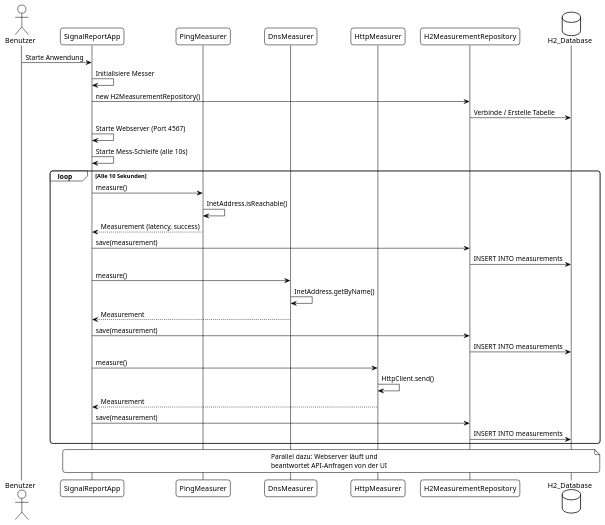
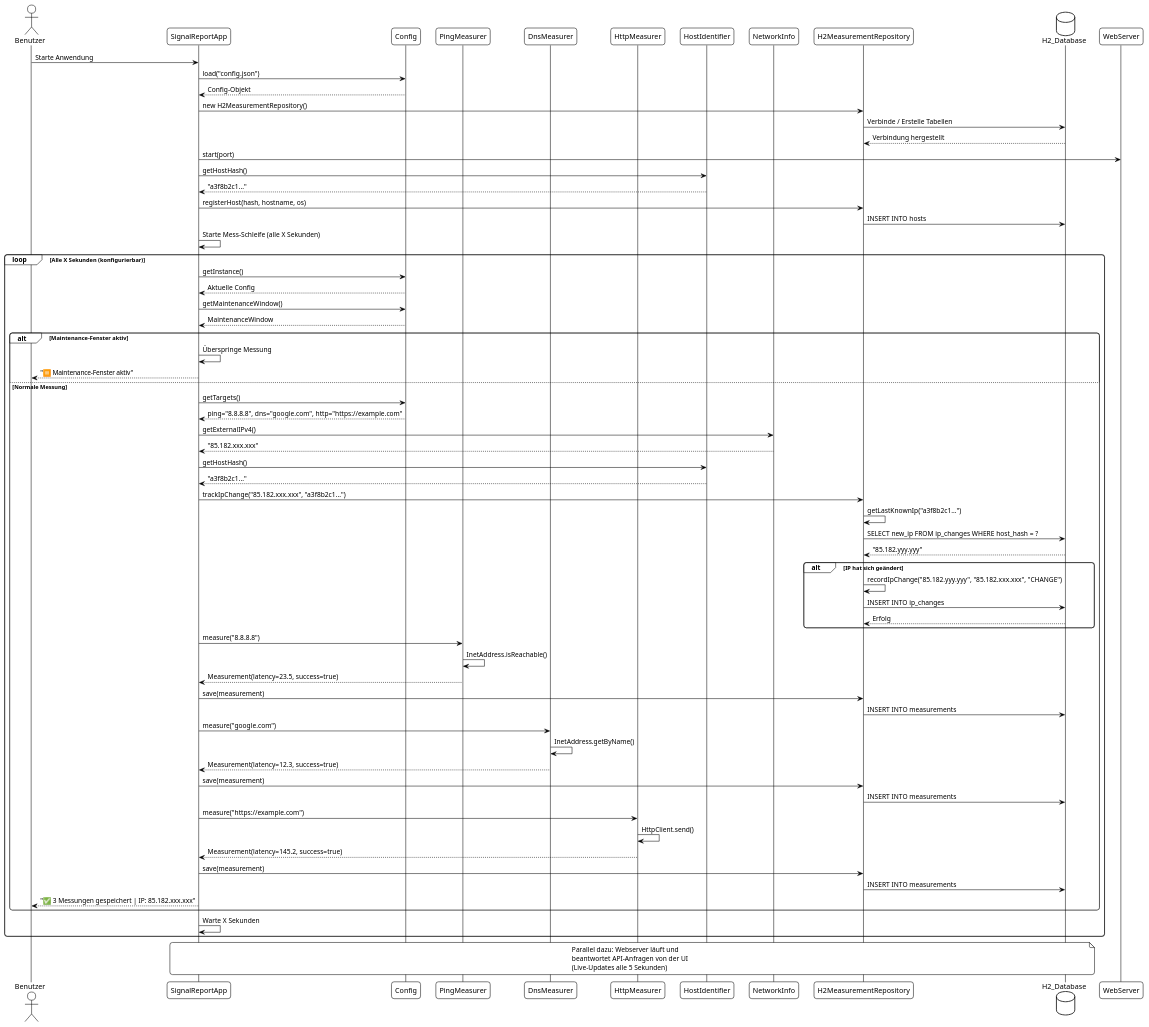
One commit to matthili/SignalReport changed the diagram in docs/diagrams/sequence-measurement.puml. Above: the diagram before and after it, drawn with PlantUML. The commit also changed 28 other files, not shown here.

```diff
--- a/docs/diagrams/sequence-measurement.puml
+++ b/docs/diagrams/sequence-measurement.puml
@@ -1,47 +1,92 @@
 @startuml SignalReport - Sequenz Messungsablauf
 !theme plain
 skinparam sequenceFontSize 13
 skinparam sequenceArrowThickness 1
 skinparam roundcorner 10
 
 actor Benutzer
 participant SignalReportApp
+participant Config
 participant PingMeasurer
 participant DnsMeasurer
 participant HttpMeasurer
+participant HostIdentifier
+participant NetworkInfo
 participant H2MeasurementRepository
 database H2_Database as DB
 
 Benutzer -> SignalReportApp : Starte Anwendung
-SignalReportApp -> SignalReportApp : Initialisiere Messer
+SignalReportApp -> Config : load("config.json")
+Config --> SignalReportApp : Config-Objekt
 SignalReportApp -> H2MeasurementRepository : new H2MeasurementRepository()
-H2MeasurementRepository -> DB : Verbinde / Erstelle Tabelle
+H2MeasurementRepository -> DB : Verbinde / Erstelle Tabellen
+DB --> H2MeasurementRepository : Verbindung hergestellt
+SignalReportApp -> WebServer : start(port)
+SignalReportApp -> HostIdentifier : getHostHash()
+HostIdentifier --> SignalReportApp : "a3f8b2c1..."
+SignalReportApp -> H2MeasurementRepository : registerHost(hash, hostname, os)
+H2MeasurementRepository -> DB : INSERT INTO hosts
 
-SignalReportApp -> SignalReportApp : Starte Webserver (Port 4567)
-SignalReportApp -> SignalReportApp : Starte Mess-Schleife (alle 10s)
+SignalReportApp -> SignalReportApp : Starte Mess-Schleife (alle X Sekunden)
 
-loop Alle 10 Sekunden
-  SignalReportApp -> PingMeasurer : measure()
-  PingMeasurer -> PingMeasurer : InetAddress.isReachable()
-  PingMeasurer --> SignalReportApp : Measurement (latency, success)
-  SignalReportApp -> H2MeasurementRepository : save(measurement)
-  H2MeasurementRepository -> DB : INSERT INTO measurements
+loop Alle X Sekunden (konfigurierbar)
+  SignalReportApp -> Config : getInstance()
+  Config --> SignalReportApp : Aktuelle Config
 
-  SignalReportApp -> DnsMeasurer : measure()
-  DnsMeasurer -> DnsMeasurer : InetAddress.getByName()
-  DnsMeasurer --> SignalReportApp : Measurement
-  SignalReportApp -> H2MeasurementRepository : save(measurement)
-  H2MeasurementRepository -> DB : INSERT INTO measurements
+  SignalReportApp -> Config : getMaintenanceWindow()
+  Config --> SignalReportApp : MaintenanceWindow
 
-  SignalReportApp -> HttpMeasurer : measure()
-  HttpMeasurer -> HttpMeasurer : HttpClient.send()
-  HttpMeasurer --> SignalReportApp : Measurement
-  SignalReportApp -> H2MeasurementRepository : save(measurement)
-  H2MeasurementRepository -> DB : INSERT INTO measurements
+  alt Maintenance-Fenster aktiv
+    SignalReportApp -> SignalReportApp : Überspringe Messung
+    SignalReportApp --> Benutzer : "⏸️ Maintenance-Fenster aktiv"
+  else Normale Messung
+    SignalReportApp -> Config : getTargets()
+    Config --> SignalReportApp : ping="8.8.8.8", dns="google.com", http="https://example.com"
+
+    SignalReportApp -> NetworkInfo : getExternalIPv4()
+    NetworkInfo --> SignalReportApp : "85.182.xxx.xxx"
+
+    SignalReportApp -> HostIdentifier : getHostHash()
+    HostIdentifier --> SignalReportApp : "a3f8b2c1..."
+
+    SignalReportApp -> H2MeasurementRepository : trackIpChange("85.182.xxx.xxx", "a3f8b2c1...")
+    H2MeasurementRepository -> H2MeasurementRepository : getLastKnownIp("a3f8b2c1...")
+    H2MeasurementRepository -> DB : SELECT new_ip FROM ip_changes WHERE host_hash = ?
+    DB --> H2MeasurementRepository : "85.182.yyy.yyy"
+
+    alt IP hat sich geändert
+      H2MeasurementRepository -> H2MeasurementRepository : recordIpChange("85.182.yyy.yyy", "85.182.xxx.xxx", "CHANGE")
+      H2MeasurementRepository -> DB : INSERT INTO ip_changes
+      DB --> H2MeasurementRepository : Erfolg
+    end
+
+    SignalReportApp -> PingMeasurer : measure("8.8.8.8")
+    PingMeasurer -> PingMeasurer : InetAddress.isReachable()
+    PingMeasurer --> SignalReportApp : Measurement(latency=23.5, success=true)
+    SignalReportApp -> H2MeasurementRepository : save(measurement)
+    H2MeasurementRepository -> DB : INSERT INTO measurements
+
+    SignalReportApp -> DnsMeasurer : measure("google.com")
+    DnsMeasurer -> DnsMeasurer : InetAddress.getByName()
+    DnsMeasurer --> SignalReportApp : Measurement(latency=12.3, success=true)
+    SignalReportApp -> H2MeasurementRepository : save(measurement)
+    H2MeasurementRepository -> DB : INSERT INTO measurements
+
+    SignalReportApp -> HttpMeasurer : measure("https://example.com")
+    HttpMeasurer -> HttpMeasurer : HttpClient.send()
+    HttpMeasurer --> SignalReportApp : Measurement(latency=145.2, success=true)
+    SignalReportApp -> H2MeasurementRepository : save(measurement)
+    H2MeasurementRepository -> DB : INSERT INTO measurements
+
+    SignalReportApp --> Benutzer : "✅ 3 Messungen gespeichert | IP: 85.182.xxx.xxx"
+  end
+
+  SignalReportApp -> SignalReportApp : Warte X Sekunden
 end
 
 note over SignalReportApp, DB
   Parallel dazu: Webserver läuft und
   beantwortet API-Anfragen von der UI
+  (Live-Updates alle 5 Sekunden)
 end note
 @enduml
```
